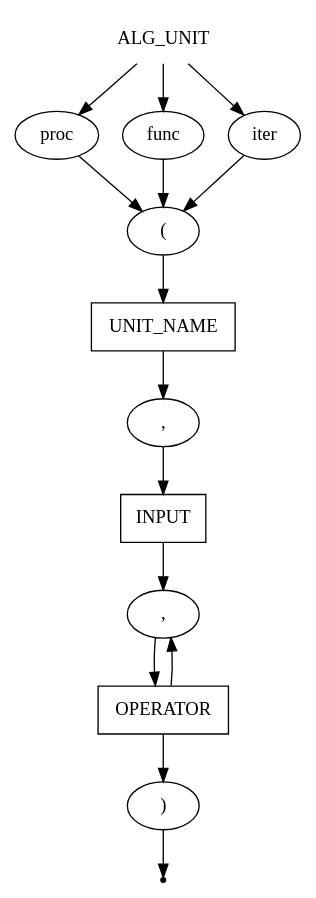
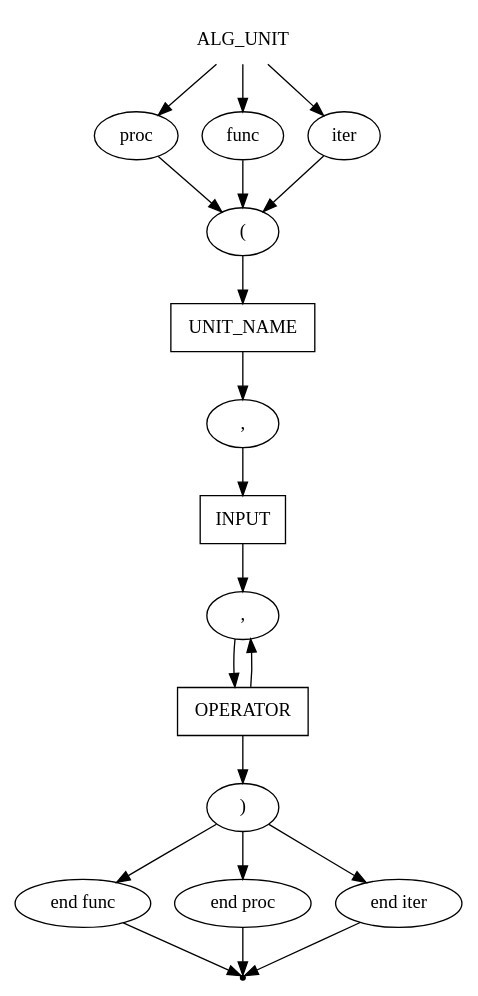
The diagram in src/CodeParser/grammar/alg_unit.gv (mshnschnko/ProMa), drawn with Graphviz before and after one commit. The commit also changed 10 other files, not shown here.

```diff
--- a/src/CodeParser/grammar/alg_unit.gv
+++ b/src/CodeParser/grammar/alg_unit.gv
@@ -1,29 +1,37 @@
 digraph ALG_UNIT {
     start [label=ALG_UNIT shape=plaintext]
     proc [label=proc shape=oval]
     func [label=func shape=oval]
     iter [label=iter shape=oval]
     br_open [label="(" shape=oval]
     br_close [label=")" shape=oval]
     name [label=UNIT_NAME shape=box]
     comma_1 [label="," shape=oval]
     comma_2 [label="," shape=oval]
     input [label=INPUT shape=box]
     operator [label=OPERATOR shape=box]
+    end_func [label="end func" shape=oval]
+    end_proc [label="end proc" shape=oval]
+    end_iter [label="end iter" shape=oval]
     end [label="" shape=point]
 
     start -> func
     start -> proc
     start -> iter
     func -> br_open
     proc -> br_open
     iter -> br_open
     br_open -> name
     name -> comma_1
     comma_1 -> input
     input -> comma_2
     comma_2 -> operator
     operator -> comma_2
     operator -> br_close
-    br_close -> end
+    br_close -> end_func
+    br_close -> end_proc
+    br_close -> end_iter
+    end_func -> end
+    end_proc -> end
+    end_iter -> end
 }
```
